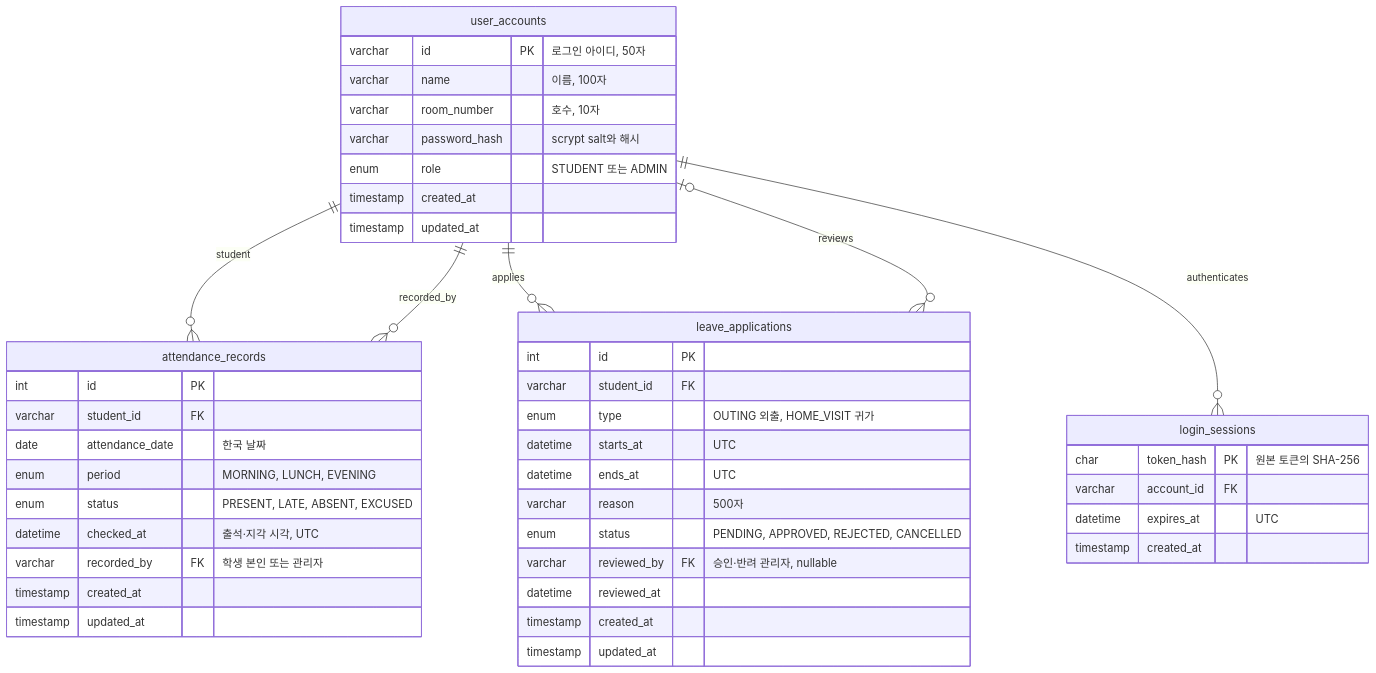
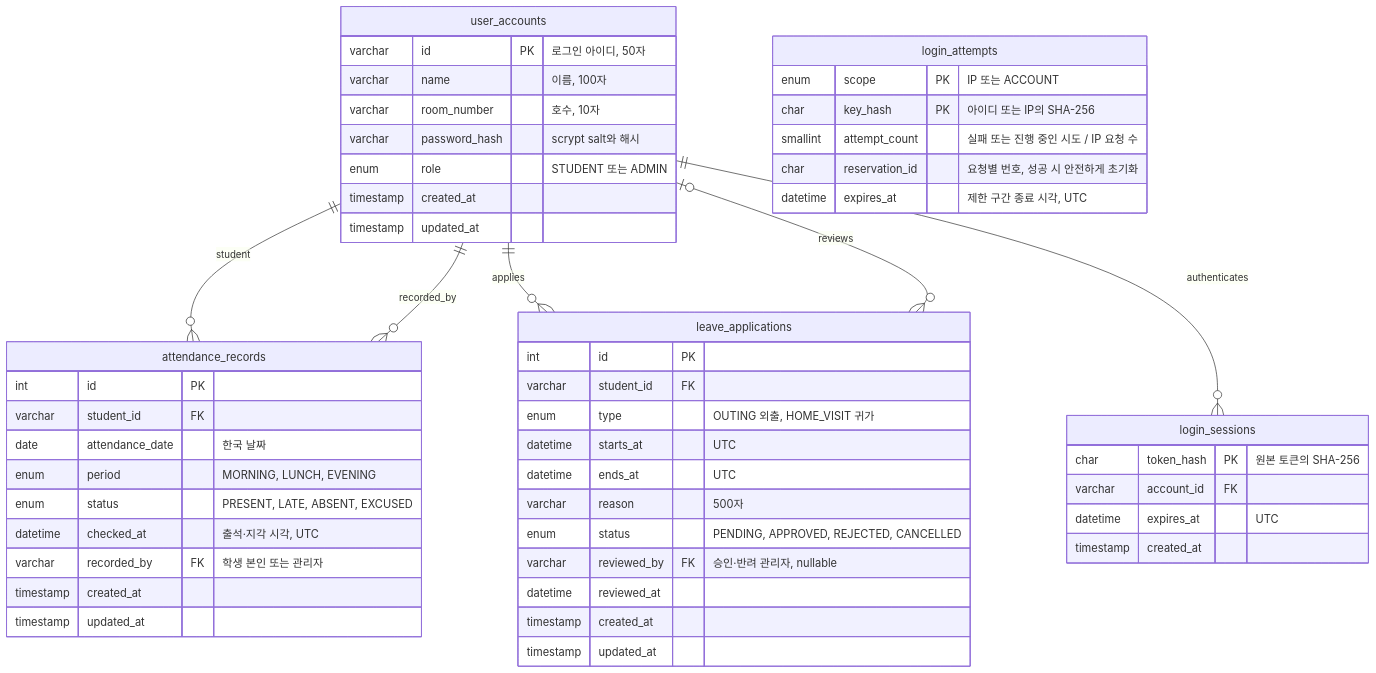
The diagram in Backend/docs/ERD.md (Jun4848/Mentos), drawn with Mermaid before and after one commit. The commit also changed other lines of this file and 24 other files, not shown here.

````diff
--- a/Backend/docs/ERD.md
+++ b/Backend/docs/ERD.md
@@ -10,48 +11,55 @@
 ```mermaid
 erDiagram
     user_accounts ||--o{ attendance_records : student
     user_accounts ||--o{ attendance_records : recorded_by
     user_accounts ||--o{ leave_applications : applies
     user_accounts o|--o{ leave_applications : reviews
     user_accounts ||--o{ login_sessions : authenticates
 
     user_accounts {
         varchar id PK "로그인 아이디, 50자"
         varchar name "이름, 100자"
         varchar room_number "호수, 10자"
         varchar password_hash "scrypt salt와 해시"
         enum role "STUDENT 또는 ADMIN"
         timestamp created_at
         timestamp updated_at
     }
     attendance_records {
         int id PK
         varchar student_id FK
         date attendance_date "한국 날짜"
         enum period "MORNING, LUNCH, EVENING"
         enum status "PRESENT, LATE, ABSENT, EXCUSED"
         datetime checked_at "출석·지각 시각, UTC"
         varchar recorded_by FK "학생 본인 또는 관리자"
         timestamp created_at
         timestamp updated_at
     }
     leave_applications {
         int id PK
         varchar student_id FK
         enum type "OUTING 외출, HOME_VISIT 귀가"
         datetime starts_at "UTC"
         datetime ends_at "UTC"
         varchar reason "500자"
         enum status "PENDING, APPROVED, REJECTED, CANCELLED"
         varchar reviewed_by FK "승인·반려 관리자, nullable"
         datetime reviewed_at
         timestamp created_at
         timestamp updated_at
     }
     login_sessions {
         char token_hash PK "원본 토큰의 SHA-256"
         varchar account_id FK
         datetime expires_at "UTC"
         timestamp created_at
     }
+    login_attempts {
+        enum scope PK "IP 또는 ACCOUNT"
+        char key_hash PK "아이디 또는 IP의 SHA-256"
+        smallint attempt_count "실패 또는 진행 중인 시도 / IP 요청 수"
+        char reservation_id "요청별 번호, 성공 시 안전하게 초기화"
+        datetime expires_at "제한 구간 종료 시각, UTC"
+    }
 ```
````
